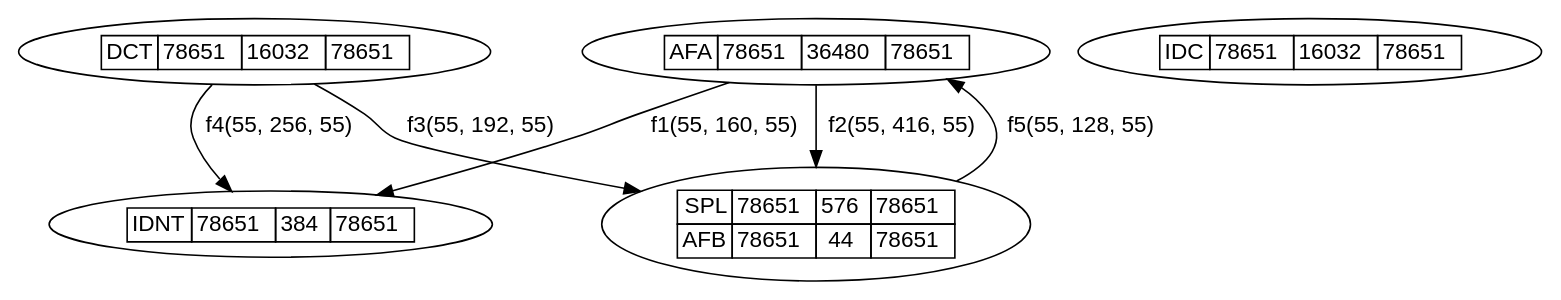
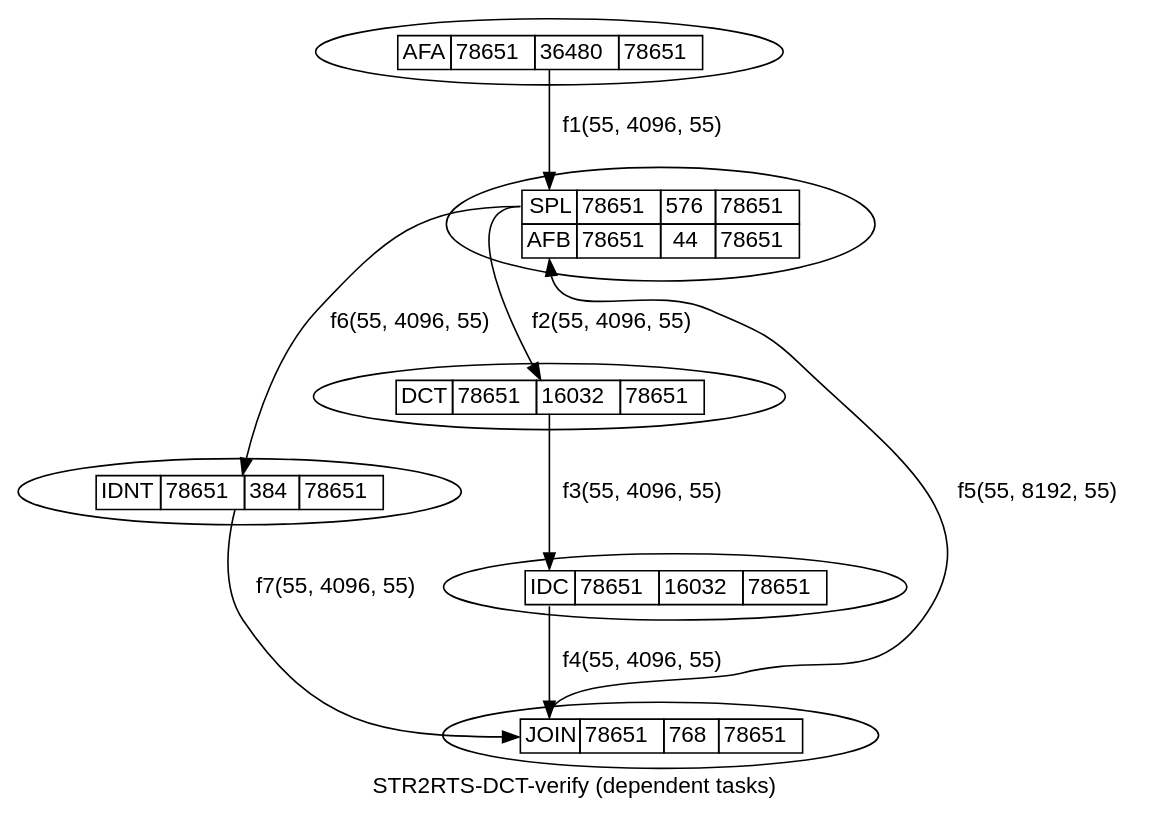
One commit to andersondomingues/orca-rt-tools changed the diagram in dot/STR2RTS-DCT-verify.dot. Above: the diagram before and after it, drawn with Graphviz. The commit also changed 6 other files, not shown here.

```diff
--- a/dot/STR2RTS-DCT-verify.dot
+++ b/dot/STR2RTS-DCT-verify.dot
@@ -1,42 +1,50 @@
 digraph D {
-	graph [fontname = "helvetica"];
+	graph [fontname = "helvetica", label = "STR2RTS-DCT-verify (dependent tasks)"];
 	node [fontname = "helvetica"];
 	edge [fontname = "helvetica"];
 
 	0 [ label=<
 	<table port="AFA" border="0" cellborder="1" cellspacing="0">
 		<tr><td>AFA</td><td>78651</td><td>36480</td><td>78651</td></tr>
     </table>
 	>, fillcolor = "yellow"];
  
 	1 [ label=<
 	<table port="IDNT" border="0" cellborder="1" cellspacing="0">
 		<tr><td>IDNT</td><td>78651</td><td>384</td><td>78651</td></tr>
     </table>
 	>];
 
 	2 [ label=<
 	<table port="DCT" border="0" cellborder="1" cellspacing="0">
 		<tr><td>DCT</td><td>78651</td><td>16032</td><td>78651</td></tr>
     </table>
 	>];
  
 	3 [ label=<
 	<table  border="0" cellborder="1" cellspacing="0">
 		<tr><td port="SPL">SPL</td><td>78651</td><td>576</td><td>78651</td></tr>
 		<tr><td port="AFB">AFB</td><td>78651</td><td>44</td><td>78651</td></tr>
     </table>
 	>];
 
 	4 [ label=<
 	<table  border="0" cellborder="1" cellspacing="0">
 		<tr><td port="IDC">IDC</td><td>78651</td><td>16032</td><td>78651</td></tr>
     </table>
 	>];
 
-	0:A -> 1:B [ label = "f1(55, 160, 55)"];
-	0:A -> 3:D [ label = "f2(55, 416, 55)"];
-	2:C -> 3:D [ label = "f3(55, 192, 55)"];
-	2:C -> 1:B [ label = "f4(55, 256, 55)"];
-	3:D -> 0:A [ label = "f5(55, 128, 55)"];
+	5 [ label=<
+	<table  border="0" cellborder="1" cellspacing="0">
+		<tr><td port="JOIN">JOIN</td><td>78651</td><td>768</td><td>78651</td></tr>
+    </table>
+	>];
+
+	0:AFA  -> 3:SPL  [ label = "f1(55, 4096, 55)"];
+	3:SPL  -> 2:DCT  [ label = "f2(55, 4096, 55)"];
+	3:SPL  -> 1:IDNT [ label = "f6(55, 4096, 55)"];
+	2:DCT  -> 4:IDC  [ label = "f3(55, 4096, 55)"];
+	4:IDC  -> 5:JOIN [ label = "f4(55, 4096, 55)"];
+	1:IDNT -> 5:JOIN [ label = "f7(55, 4096, 55)"];	
+	5:JOIN -> 3:AFB  [ label = "f5(55, 8192, 55)"];
 }
```
